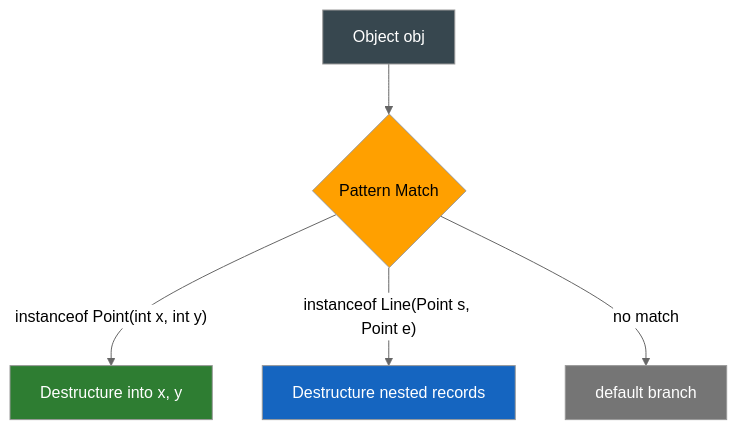
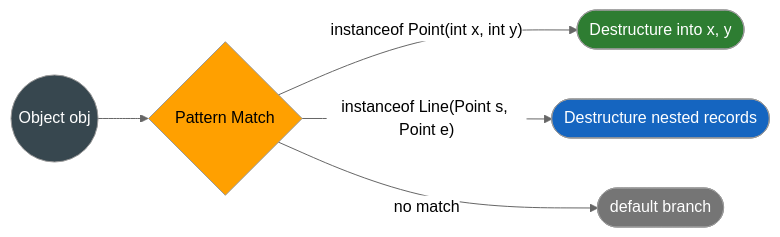
Before and after one commit to saivamsikaruturi/vamsilabs-dev-notes-main: the fourth of 6 diagrams in docs/java/ModernJava.md, drawn with Mermaid (neutral theme). The commit also changed other lines of this file and 146 other files, not shown here.

Commit message:
Horizontal diagrams, UML class diagrams, typography overhaul, and permalink cleanup

````diff
--- a/docs/java/ModernJava.md
+++ b/docs/java/ModernJava.md
@@ -320,13 +322,13 @@
 ```mermaid
-graph TD
-    A["Object obj"] --> B{"Pattern Match"}
-    B -->|"instanceof Point(int x, int y)"| C["Destructure into x, y"]
-    B -->|"instanceof Line(Point s, Point e)"| D["Destructure nested records"]
-    B -->|"no match"| E["default branch"]
+flowchart LR
+    A(("Object obj")) --> B{"Pattern Match"}
+    B -->|"instanceof Point(int x, int y)"| C(["Destructure into x, y"])
+    B -->|"instanceof Line(Point s, Point e)"| D(["Destructure nested records"])
+    B -->|"no match"| E(["default branch"])
 
     style A fill:#37474F,color:#fff
     style B fill:#FFA000,color:#000
     style C fill:#2E7D32,color:#fff
     style D fill:#1565C0,color:#fff
     style E fill:#757575,color:#fff
 ```
````
